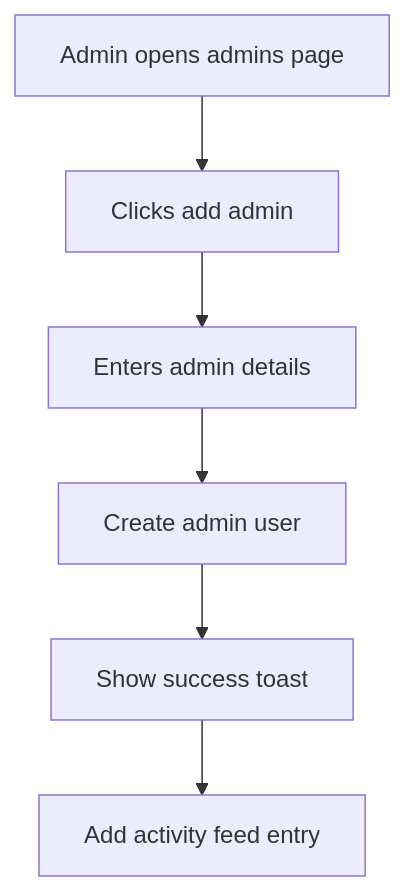
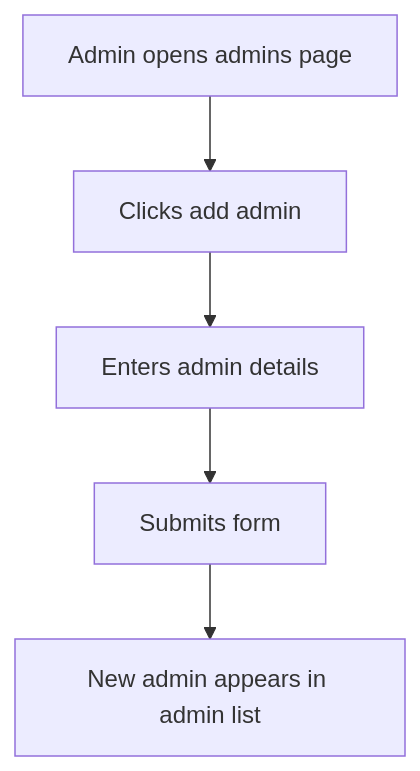
One commit to painful-bug/MAY2026-Team-035 changed diagram 14 of 20 in implemented_flows.md. Above: the diagram before and after it, drawn with Mermaid. The commit also changed other lines of this file, not shown here.

First line of the commit message:
Simplify flow documentation

````diff
--- a/implemented_flows.md
+++ b/implemented_flows.md
@@ -286,8 +157,7 @@
 ```mermaid
 flowchart TD
   A[Admin opens admins page] --> B[Clicks add admin]
   B --> C[Enters admin details]
-  C --> D[Create admin user]
-  D --> E[Show success toast]
-  E --> F[Add activity feed entry]
+  C --> D[Submits form]
+  D --> E[New admin appears in admin list]
 ```
````
